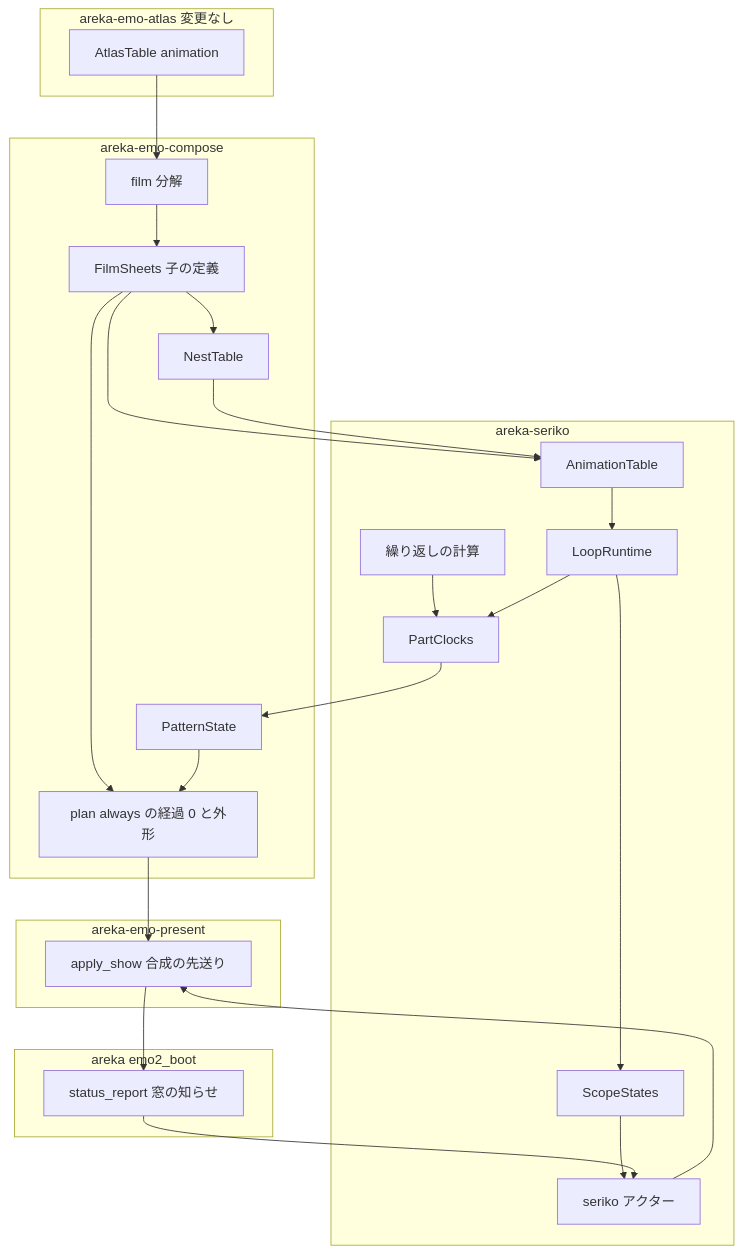
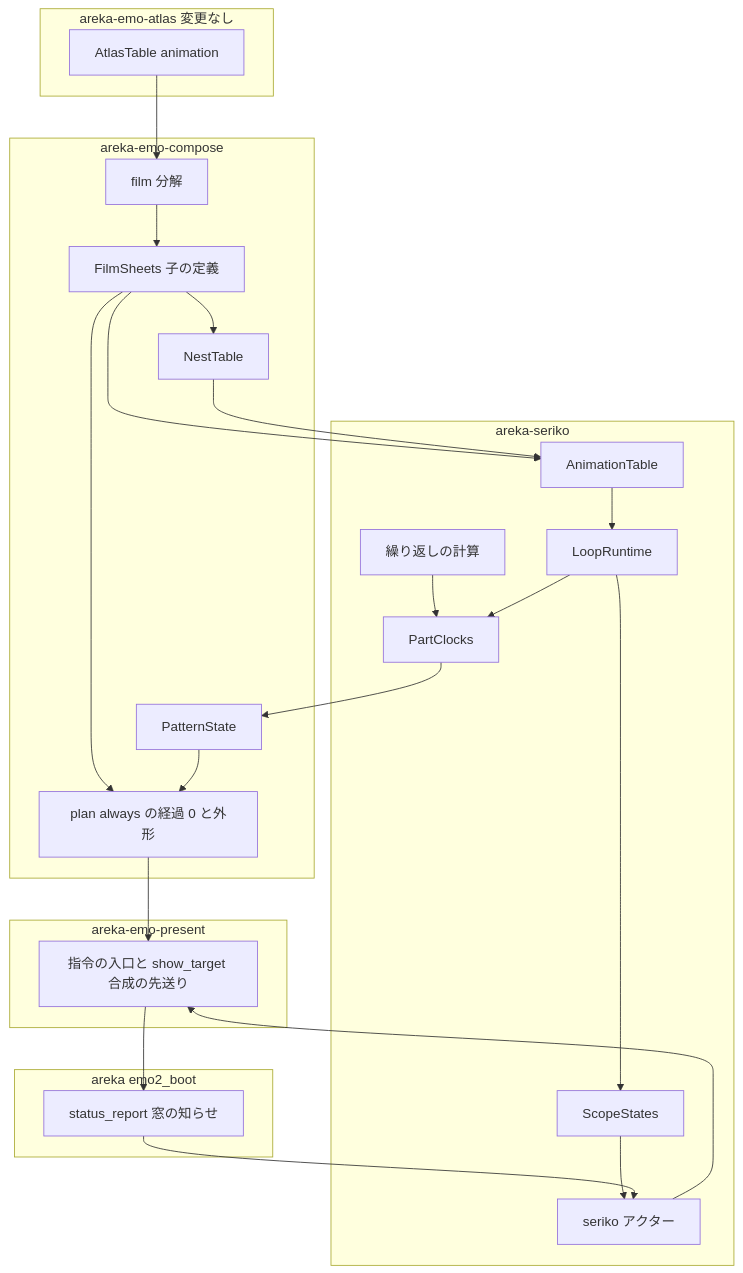
The first of 4 diagrams in .kiro/specs/areka-P0-animated-image-playback/design.md (ekicyou/areka), drawn with Mermaid before and after one commit. The commit also changed other lines of this file and 1 other file, not shown here.

````diff
--- a/.kiro/specs/areka-P0-animated-image-playback/design.md
+++ b/.kiro/specs/areka-P0-animated-image-playback/design.md
@@ -122,44 +122,44 @@
 ```mermaid
 graph TB
     subgraph Atlas[areka-emo-atlas 変更なし]
         AtlasTable[AtlasTable animation]
     end
     subgraph Compose[areka-emo-compose]
         Decompose[film 分解]
         Sheets[FilmSheets 子の定義]
         Nest[NestTable]
         Pattern[PatternState]
         Plan[plan always の経過 0 と外形]
     end
     subgraph Seriko[areka-seriko]
         Table[AnimationTable]
         Repeat[繰り返しの計算]
         Clocks[PartClocks]
         Looper[LoopRuntime]
         States[ScopeStates]
         Actor[seriko アクター]
     end
     subgraph Present[areka-emo-present]
-        Show[apply_show 合成の先送り]
+        Show[指令の入口と show_target 合成の先送り]
     end
     subgraph Areka[areka emo2_boot]
         Report[status_report 窓の知らせ]
     end
     AtlasTable --> Decompose
     Decompose --> Sheets
     Sheets --> Nest
     Sheets --> Plan
     Sheets --> Table
     Nest --> Table
     Table --> Looper
     Repeat --> Clocks
     Looper --> Clocks
     Clocks --> Pattern
     Looper --> States
     States --> Actor
     Actor --> Show
     Pattern --> Plan
     Plan --> Show
     Show --> Report
     Report --> Actor
 ```
````
